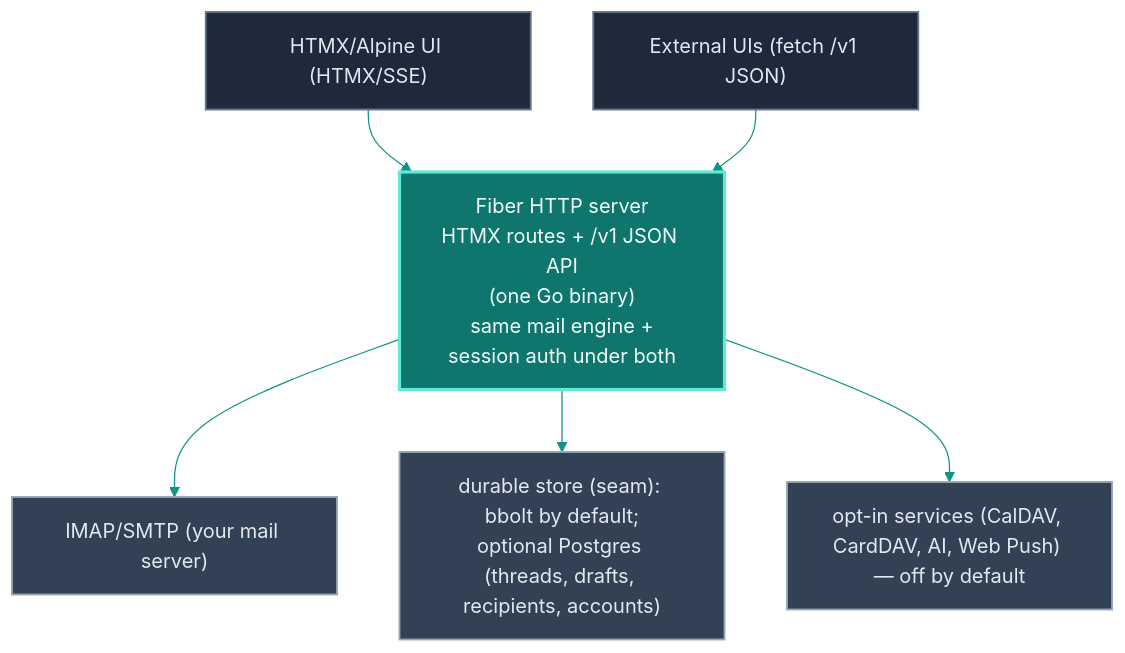
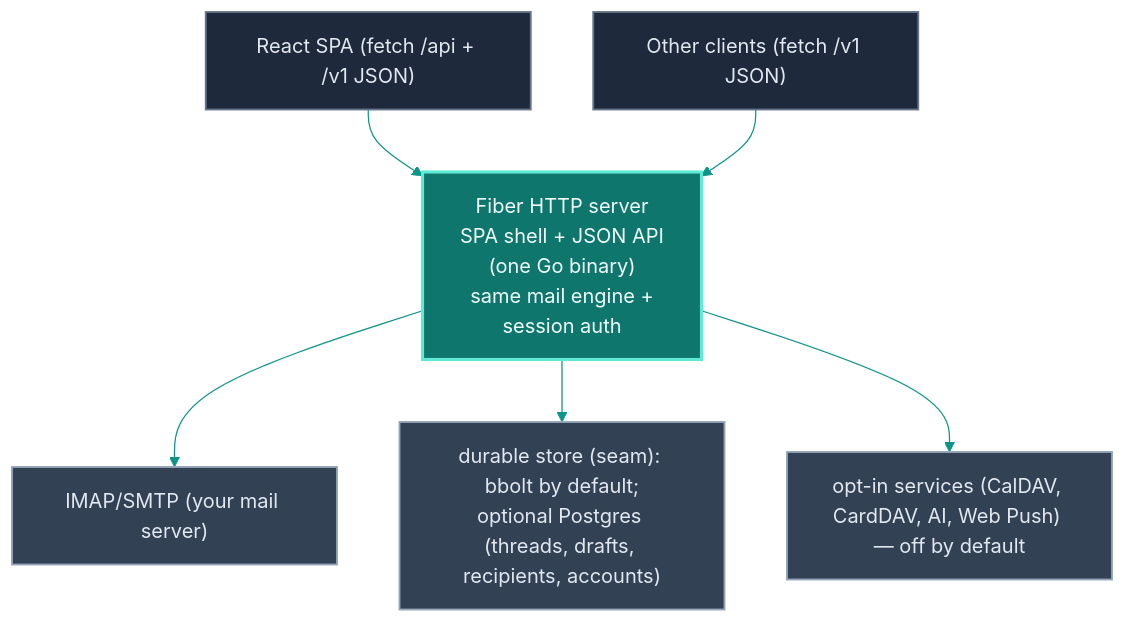
Before and after one commit to voidvon/inbrix: the diagram in README.md, drawn with Mermaid. The commit also changed other lines of this file and 79 other files, not shown here.

````diff
--- a/README.md
+++ b/README.md
@@ -96,18 +95,18 @@
 ```mermaid
 %%{init: {'theme':'base','themeVariables':{'fontFamily':'ui-monospace, SFMono-Regular, Menlo, monospace','primaryColor':'#334155','primaryBorderColor':'#94a3b8','primaryTextColor':'#e2e8f0','lineColor':'#0d9488','edgeLabelBackground':'transparent','clusterBorder':'#3f8f86','clusterBkg':'transparent'}}}%%
 flowchart TD
     classDef entry fill:#1e293b,stroke:#64748b,color:#e2e8f0,stroke-width:1.5px;
     classDef server fill:#0f766e,stroke:#5eead4,color:#f0fdfa,stroke-width:2.5px;
     classDef backend fill:#334155,stroke:#94a3b8,color:#e2e8f0,stroke-width:1.5px;
 
-    UI["HTMX/Alpine UI (HTMX/SSE)"] --> Server
-    React["External UIs (fetch /v1 JSON)"] --> Server
-    Server["Fiber HTTP server<br/>HTMX routes + /v1 JSON API<br/>(one Go binary)<br/>same mail engine +<br/>session auth under both"]
+    UI["React SPA (fetch /api + /v1 JSON)"] --> Server
+    React["Other clients (fetch /v1 JSON)"] --> Server
+    Server["Fiber HTTP server<br/>SPA shell + JSON API<br/>(one Go binary)<br/>same mail engine +<br/>session auth"]
     Server --> IMAP["IMAP/SMTP (your mail server)"]
     Server --> Store["durable store (seam): bbolt by default;<br/>optional Postgres (threads, drafts, recipients, accounts)"]
     Server --> Services["opt-in services (CalDAV, CardDAV, AI, Web Push) — off by default"]
 
     class UI,React entry
     class Server server
     class IMAP,Store,Services backend
 ```
````
